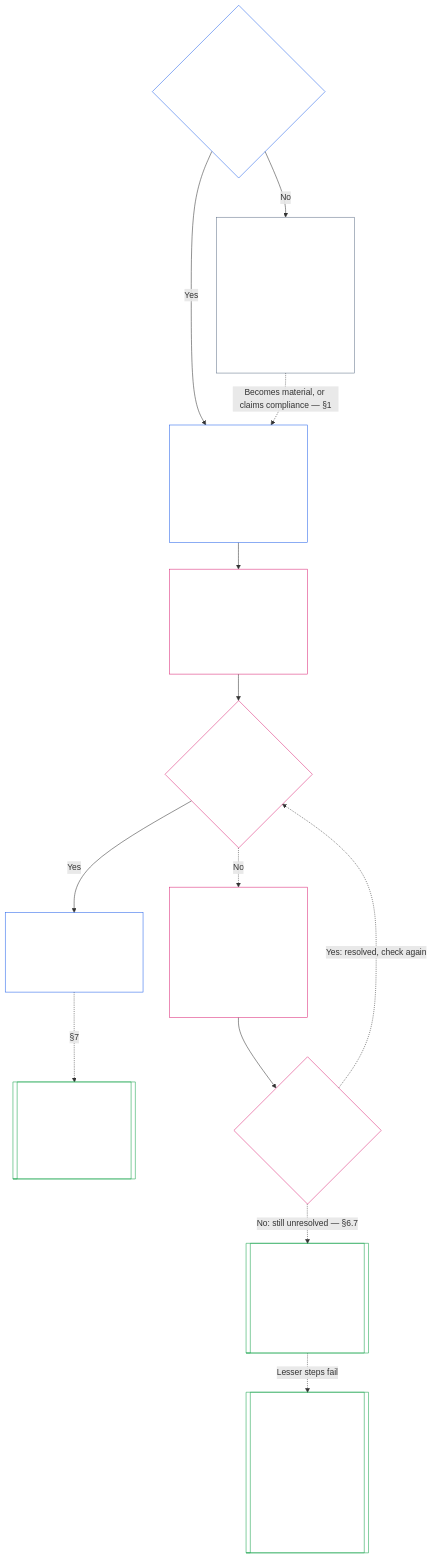
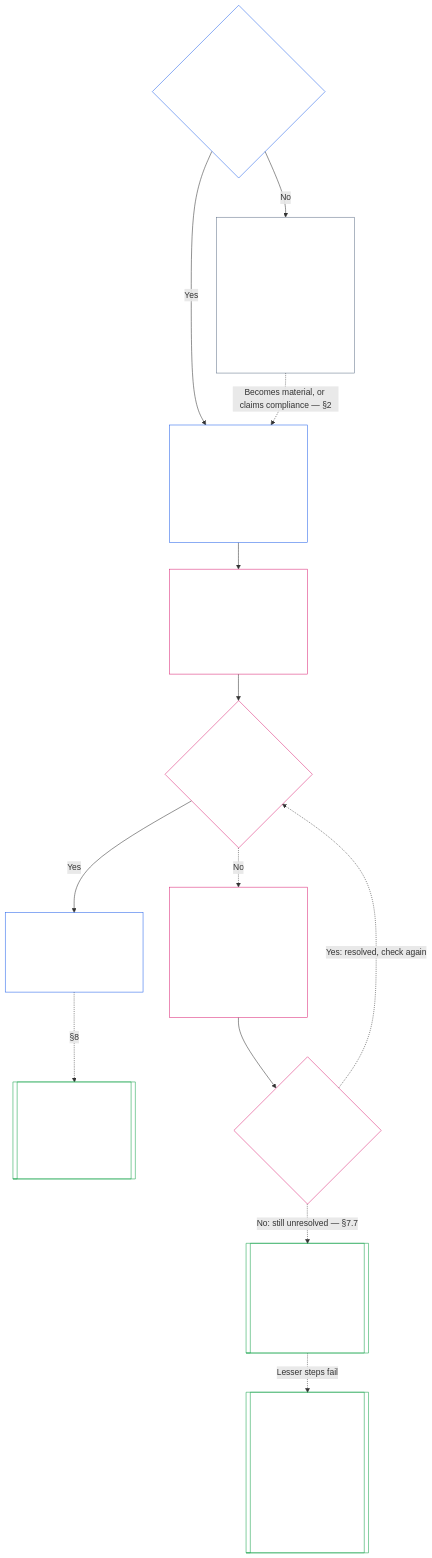
Before and after one commit to kfoelsch/Sentient_Constitution: the diagram in core_07.000_charters.md, drawn with Mermaid. The commit also changed other lines of this file and 469 other files, not shown here.

First line of the commit message:
restructure: final chapter structure, Parts only in Chapters 1, 5 and 6; chapters 0-28 (492nd move)

````diff
--- a/core_07.000_charters.md
+++ b/core_07.000_charters.md
@@ -229,37 +233,37 @@
 ```mermaid
 flowchart TB
-    Q{"§1 Could what you do materially affect other people?<br/>(Class L or higher)"}
-    C["§3, §4 Publish its System Charter or<br/>Institutional Charter<br/><br/>Purpose, limits, who relies on it,<br/>who changes it, who holds each seat"]
-    H["§5 Publish the office-holder statement<br/><br/>Who holds the key offices, who controls<br/>them, how they are rewarded"]
-    K["§7 Keep it true<br/><br/>Review on schedule<br/>Fix any mismatch in the open"]
+    Q{"§2 Could what you do materially affect other people?<br/>(Class L or higher)"}
+    C["§4, §5 Publish its System Charter or<br/>Institutional Charter<br/><br/>Purpose, limits, who relies on it,<br/>who changes it, who holds each seat"]
+    H["§6 Publish the office-holder statement<br/><br/>Who holds the key offices, who controls<br/>them, how they are rewarded"]
+    K["§8 Keep it true<br/><br/>Review on schedule<br/>Fix any mismatch in the open"]
     X[["Chapter Nine — Alignment certification<br/><br/>Checks the scope against real operation<br/><br/>Outside this chapter"]]
-    P["Class P: a System Charter or<br/>Institutional Charter is voluntary<br/><br/>Publishing one creates no duty<br/>under this chapter<br/><br/>§2 You don't need anyone's permission to start"]
-    D{"§5 Does the formation check pass?"}
-    F["§6 A holder fails the formation check<br/><br/>Fix the failure, not the Chartered Party:<br/>replace the holder, or fix the cause<br/>A short window to answer,<br/>a longer one to resolve it"]
-    W{"§6 Is the resolution window still open?"}
-    R[["CI-13.210 and CI-13.215 — Structural review<br/><br/>Only a forum decides<br/>Lightest step that protects others<br/><br/>Outside this chapter"]]
-    E[["CI-13.210 and CI-13.215 — Contract below Class L, or dissolve<br/><br/>Dissolution only as a last step<br/>§6.5 A dissolved Chartered Party may<br/>not return while the lock stands<br/><br/>Outside this chapter"]]
+    P["Class P: a System Charter or<br/>Institutional Charter is voluntary<br/><br/>Publishing one creates no duty<br/>under this chapter<br/><br/>§3 You don't need anyone's permission to start"]
+    D{"§6 Does the formation check pass?"}
+    F["§7 A holder fails the formation check<br/><br/>Fix the failure, not the Chartered Party:<br/>replace the holder, or fix the cause<br/>A short window to answer,<br/>a longer one to resolve it"]
+    W{"§7 Is the resolution window still open?"}
+    R[["CI-19.210 and CI-19.215 — Structural review<br/><br/>Only a forum decides<br/>Lightest step that protects others<br/><br/>Outside this chapter"]]
+    E[["CI-19.210 and CI-19.215 — Contract below Class L, or dissolve<br/><br/>Dissolution only as a last step<br/>§6.5 A dissolved Chartered Party may<br/>not return while the lock stands<br/><br/>Outside this chapter"]]
     Q -->|"Yes"| C
     Q -->|"No"| P
-    P -.->|"Becomes material, or claims compliance — §1"| C
+    P -.->|"Becomes material, or claims compliance — §2"| C
     C --> H
     H --> D
     D -->|"Yes"| K
     D -.->|"No"| F
     F --> W
     W -.->|"Yes: resolved, check again"| D
-    W -.->|"No: still unresolved — §6.7"| R
+    W -.->|"No: still unresolved — §7.7"| R
     R -.->|"Lesser steps fail"| E
-    K -.->|"§7"| X
+    K -.->|"§8"| X
     style Q fill:none,stroke:#2563eb,color:#ffffff
     style C fill:none,stroke:#2563eb,color:#ffffff
     style H fill:none,stroke:#db2777,color:#ffffff
     style K fill:none,stroke:#2563eb,color:#ffffff
     style X fill:none,stroke:#16a34a,color:#ffffff
     style P fill:none,stroke:#64748b,color:#ffffff
     style D fill:none,stroke:#db2777,color:#ffffff
     style F fill:none,stroke:#db2777,color:#ffffff
     style W fill:none,stroke:#db2777,color:#ffffff
     style R fill:none,stroke:#16a34a,color:#ffffff
     style E fill:none,stroke:#16a34a,color:#ffffff
 ```
````
